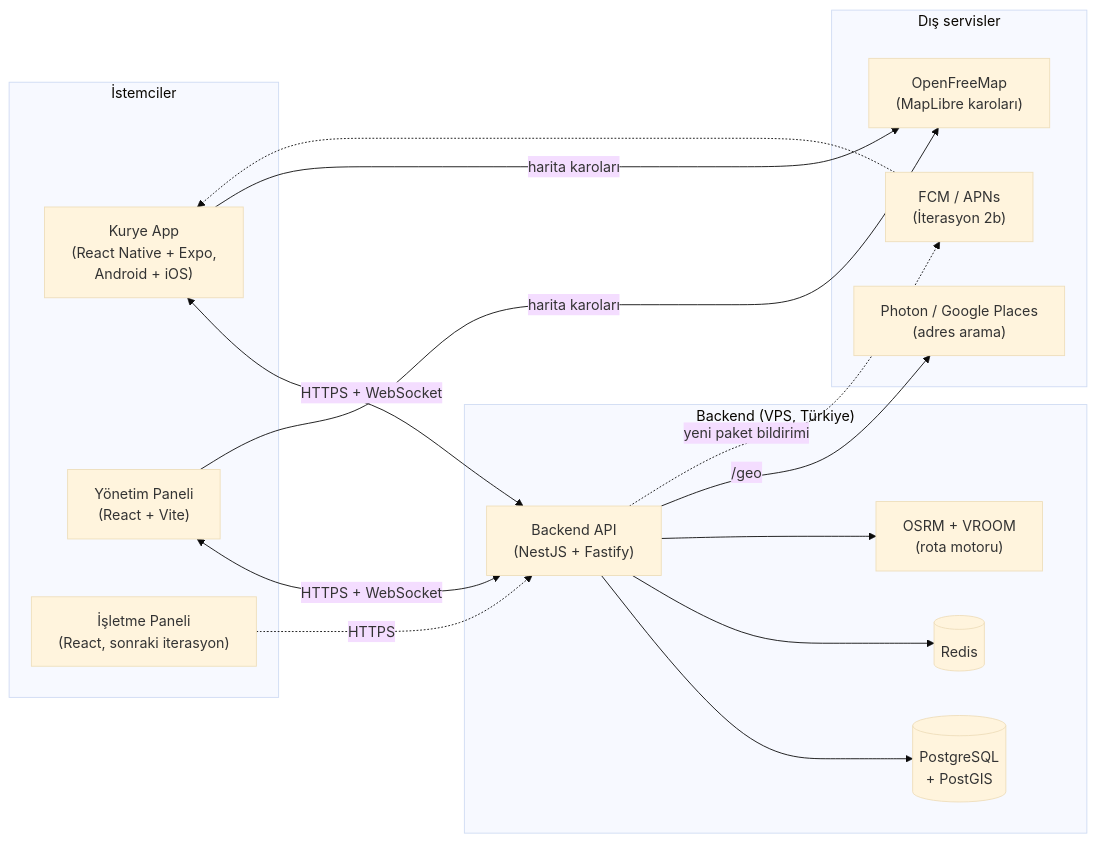
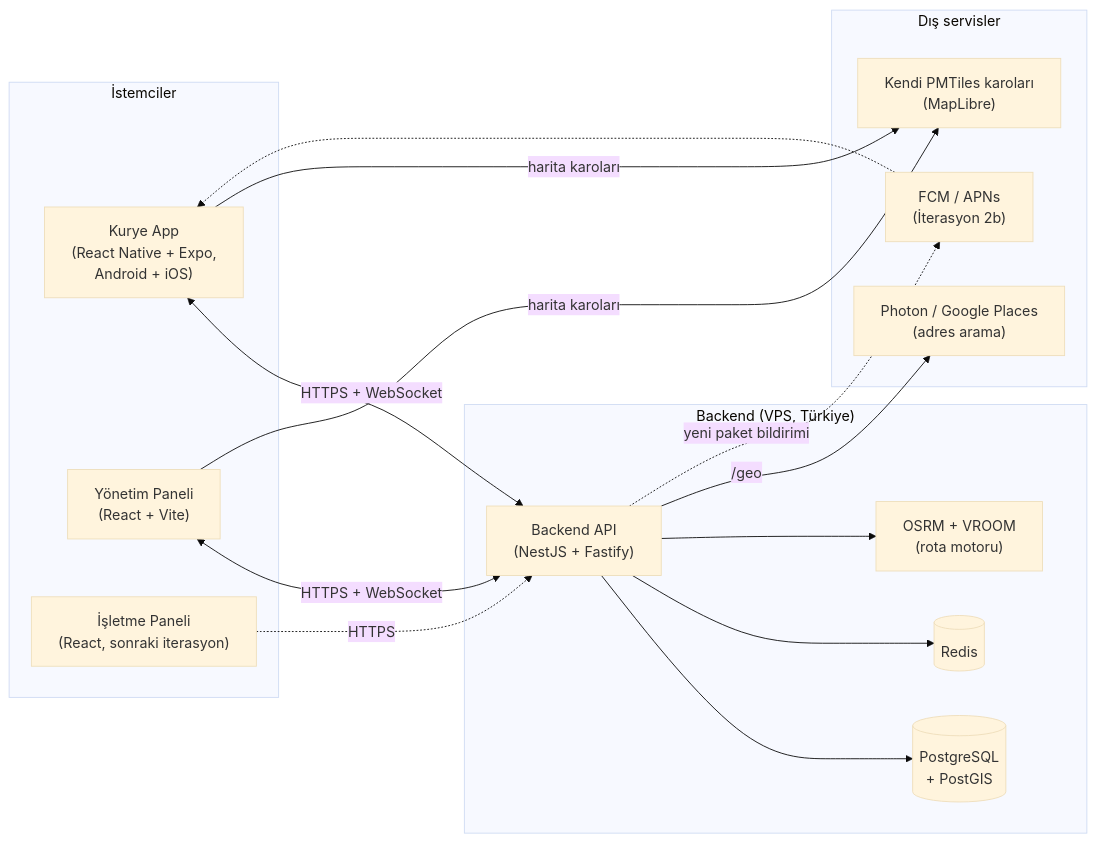
Before and after one commit to Kadir0642/kurye-yonetim-sistemi-showcase: the diagram in README.md, drawn with Mermaid (base theme). The commit also changed other lines of this file and 38 other files, not shown here.

````diff
--- a/README.md
+++ b/README.md
@@ -193,33 +222,33 @@
 ```mermaid
 flowchart LR
     subgraph Istemciler["İstemciler"]
         KA["Kurye App<br/>(React Native + Expo,<br/>Android + iOS)"]
         YP["Yönetim Paneli<br/>(React + Vite)"]
         IP["İşletme Paneli<br/>(React, sonraki iterasyon)"]
     end
 
     subgraph Sunucu["Backend (VPS, Türkiye)"]
         API["Backend API<br/>(NestJS + Fastify)"]
         PG[("PostgreSQL<br/>+ PostGIS")]
         RD[("Redis")]
         RT["OSRM + VROOM<br/>(rota motoru)"]
     end
 
     subgraph Dis["Dış servisler"]
-        OFM["OpenFreeMap<br/>(MapLibre karoları)"]
+        OFM["Kendi PMTiles karoları<br/>(MapLibre)"]
         GEO["Photon / Google Places<br/>(adres arama)"]
         PUSH["FCM / APNs<br/>(İterasyon 2b)"]
     end
 
     KA <-->|"HTTPS + WebSocket"| API
     YP <-->|"HTTPS + WebSocket"| API
     IP -.->|"HTTPS"| API
     API --> PG
     API --> RD
     API --> RT
     API -->|"/geo"| GEO
     KA -->|"harita karoları"| OFM
     YP -->|"harita karoları"| OFM
     API -.->|"yeni paket bildirimi"| PUSH
     PUSH -.-> KA
 ```
````
